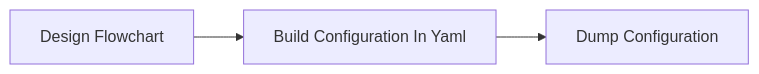
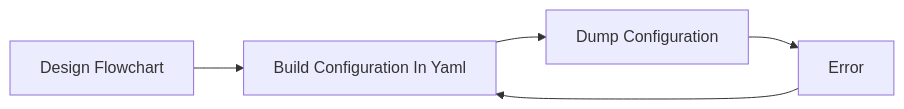
The first of 3 diagrams in README.md (vandetho/symflowbuilder), drawn with Mermaid before and after one commit.

Commit message:
Add Error step in README.md's process flow
Included 'Error' as a new step in the process flow within the README file to accurately reflect the SymFlowBuilder's operation. The diagram now portrays how SymFlowBuilder transitions between 'Dump Configuration' to 'Error', and then back to 'Build Configuration In Yaml'.

````diff
--- a/README.md
+++ b/README.md
@@ -45,8 +45,11 @@
 ```mermaid
 graph LR
 A[Design Flowchart]
 B[Build Configuration In Yaml]
 C[Dump Configuration]
+D[Error]
 A --> B
 B --> C
+C --> D
+D --> B
 ```
````
